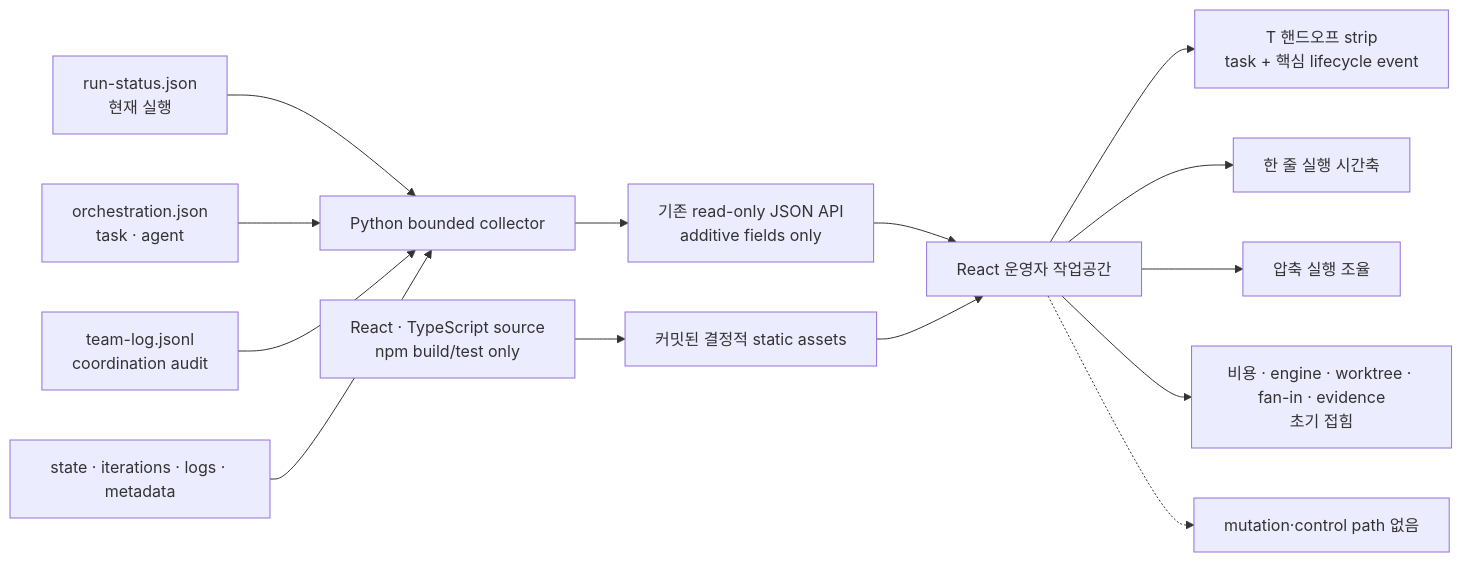
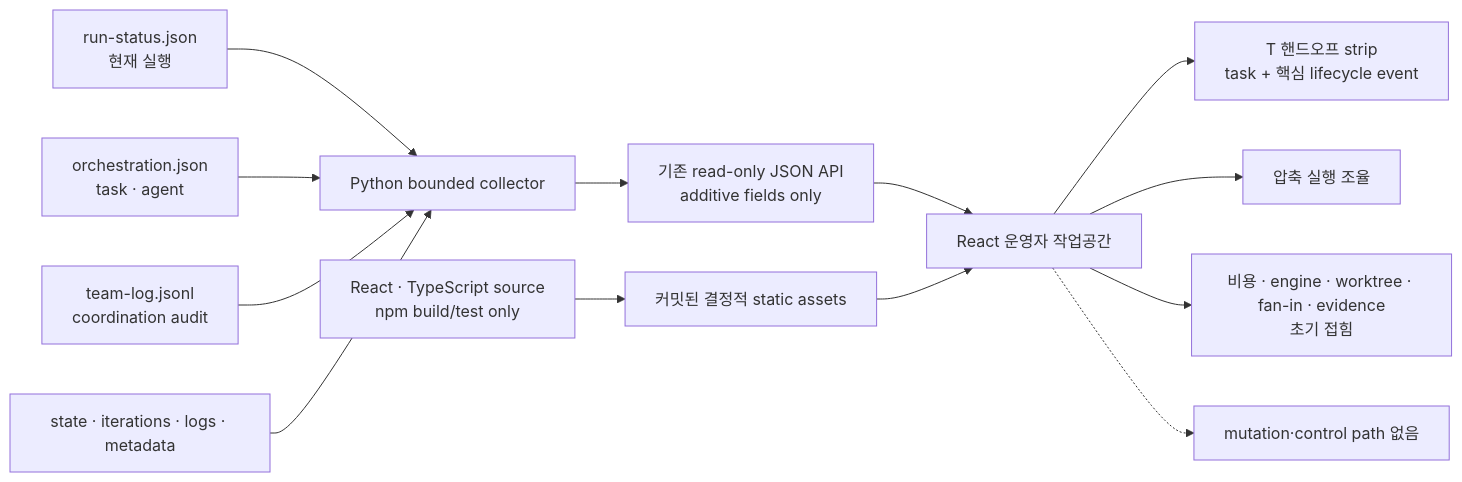
The diagram in docs/specs/2026-08-19-autoloop-dashboard-operator-ux.md (nohdol97/nohdol-harness), drawn with Mermaid before and after one commit. The commit also changed other lines of this file and 12 other files, not shown here.

````diff
--- a/docs/specs/2026-08-19-autoloop-dashboard-operator-ux.md
+++ b/docs/specs/2026-08-19-autoloop-dashboard-operator-ux.md
@@ -61,16 +61,15 @@
 ```mermaid
 flowchart LR
   RUN["run-status.json<br/>현재 실행"] --> COLLECT["Python bounded collector"]
   ORCH["orchestration.json<br/>task · agent"] --> COLLECT
   TEAM["team-log.jsonl<br/>coordination audit"] --> COLLECT
   OTHER["state · iterations · logs · metadata"] --> COLLECT
   COLLECT --> API["기존 read-only JSON API<br/>additive fields only"]
   BUILD["React · TypeScript source<br/>npm build/test only"] --> DIST["커밋된 결정적 static assets"]
   API --> APP["React 운영자 작업공간"]
   DIST --> APP
   APP --> HANDOFF["T 핸드오프 strip<br/>task + 핵심 lifecycle event"]
-  APP --> ACTIVITY["한 줄 실행 시간축"]
   APP --> COORD["압축 실행 조율"]
   APP --> DETAILS["비용 · engine · worktree · fan-in · evidence<br/>초기 접힘"]
   APP -.-> CONTROL["mutation·control path 없음"]
 ```
````
